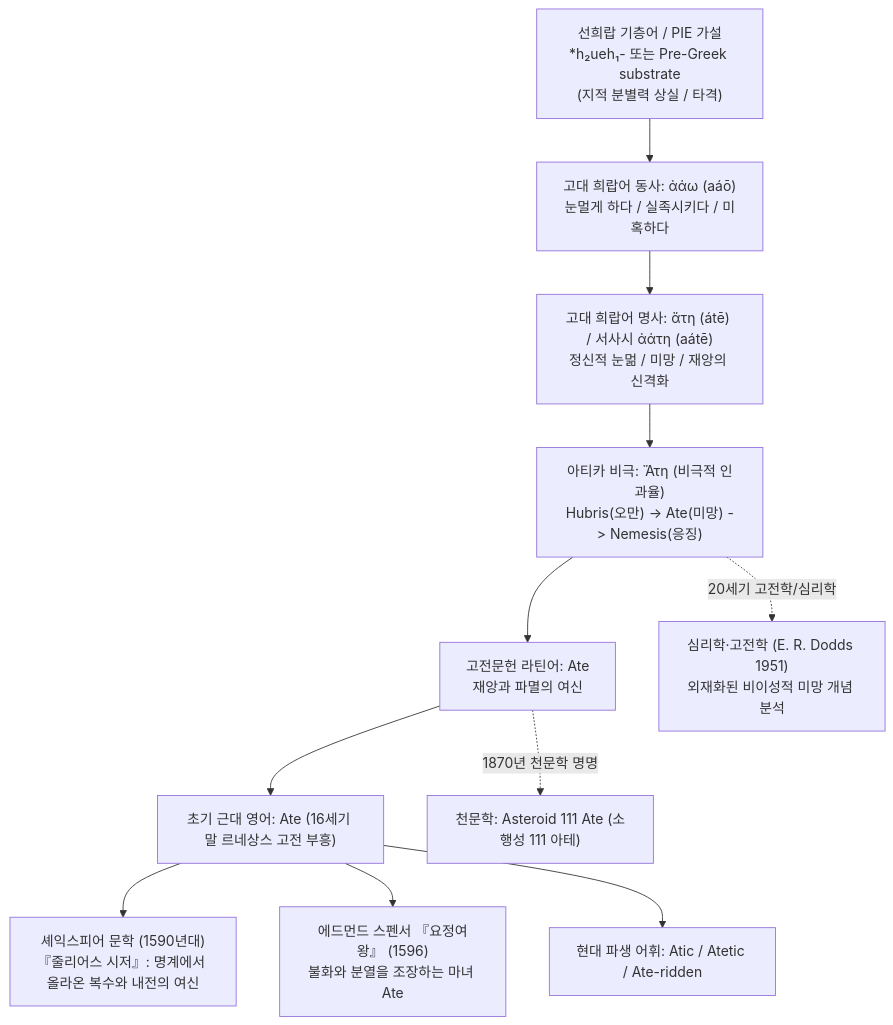
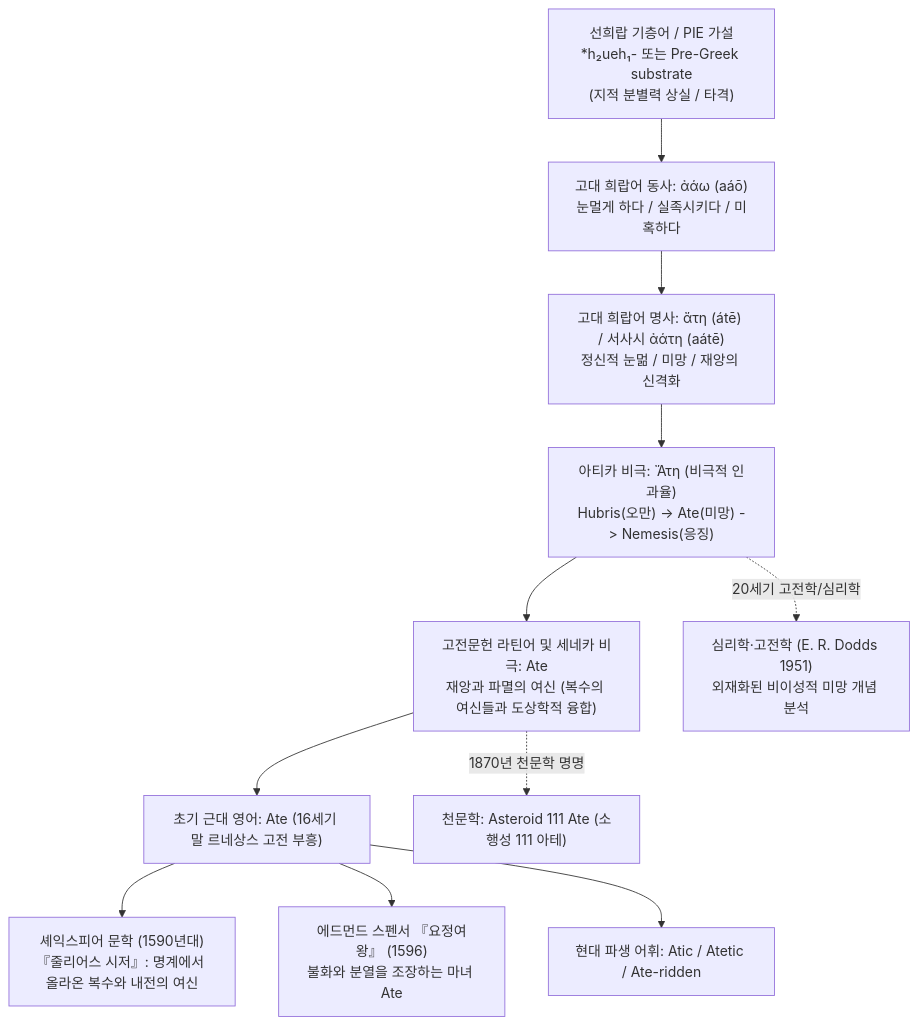
Before and after one commit to YgHnSIM/Homer_wiki: the diagram in words/word-ate.md, drawn with Mermaid. The commit also changed other lines of this file and 1 other file, not shown here.

Commit message:
docs(words): Ate(아테) 어원 사전 문헌 검증 및 수용사 정제

````diff
--- a/words/word-ate.md
+++ b/words/word-ate.md
@@ -32,22 +32,22 @@
 ```mermaid
 graph TD
     %% 기원 및 고대 희랍어
     SUB["선희랍 기층어 / PIE 가설<br/>*h₂ueh₁- 또는 Pre-Greek substrate<br/>(지적 분별력 상실 / 타격)"] --> GRK_V["고대 희랍어 동사: ἀάω (aáō)<br/>눈멀게 하다 / 실족시키다 / 미혹하다"]
     GRK_V --> GRK_N["고대 희랍어 명사: ἄτη (átē) / 서사시 ἀάτη (aátē)<br/>정신적 눈멂 / 미망 / 재앙의 신격화"]
 
     %% 고전기 및 헬레니즘 비극 분기
     GRK_N --> GRK_TRAG["아티카 비극: Ἄτη (비극적 인과율)<br/>Hubris(오만) -> Ate(미망) -> Nemesis(응징)"]
-    GRK_TRAG --> LAT["고전문헌 라틴어: Ate<br/>재앙과 파멸의 여신"]
+    GRK_TRAG --> LAT["고전문헌 라틴어 및 세네카 비극: Ate<br/>재앙과 파멸의 여신 (복수의 여신들과 도상학적 융합)"]
 
     %% 근대 영어 수용
     LAT --> EME["초기 근대 영어: Ate (16세기 말 르네상스 고전 부흥)"]
     
     %% 문학 및 근현대 분기
     EME --> SHAK["셰익스피어 문학 (1590년대)<br/>『줄리어스 시저』: 명계에서 올라온 복수와 내전의 여신"]
     EME --> LIT_SPEN["에드먼드 스펜서 『요정여왕』 (1596)<br/>불화와 분열을 조장하는 마녀 Ate"]
     
     %% 현대 학술 및 천문학 차용
     LAT -.->|1870년 천문학 명명| AST["천문학: Asteroid 111 Ate (소행성 111 아테)"]
     GRK_TRAG -.->|20세기 고전학/심리학| PSYCH["심리학·고전학 (E. R. Dodds 1951)<br/>외재화된 비이성적 미망 개념 분석"]
     EME --> DERIV["현대 파생 어휘: Atic / Atetic / Ate-ridden"]
 ```
````
